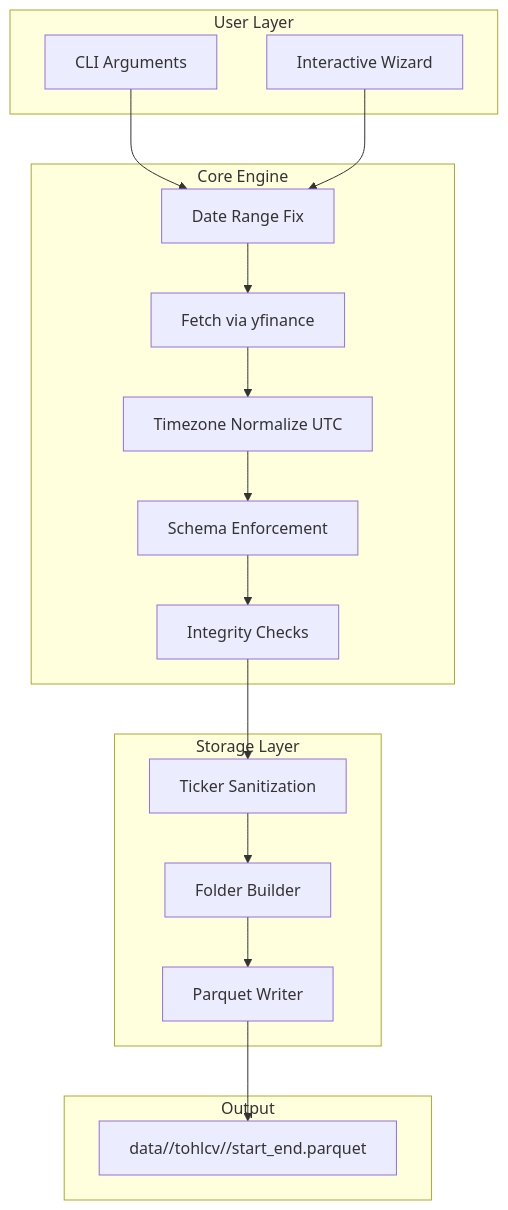
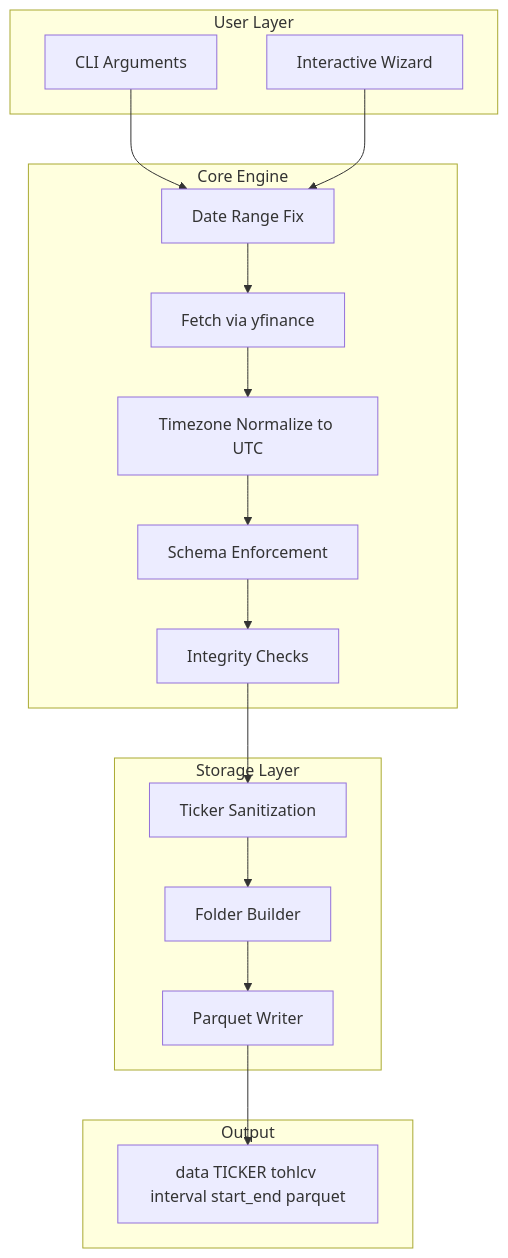
Before and after one commit to AxierSangroniz/fohlcv: the second of 2 diagrams in README.md, drawn with Mermaid. The commit also changed other lines of this file, not shown here.

Commit message:
Fix Mermaid diagrams for GitHub rendering

````diff
--- a/README.md
+++ b/README.md
@@ -59,37 +59,38 @@
 ```mermaid
 flowchart TD
 
     subgraph User Layer
         A1[CLI Arguments]
         A2[Interactive Wizard]
     end
 
     subgraph Core Engine
         B1[Date Range Fix]
         B2[Fetch via yfinance]
-        B3[Timezone Normalize UTC]
+        B3[Timezone Normalize to UTC]
         B4[Schema Enforcement]
         B5[Integrity Checks]
     end
 
     subgraph Storage Layer
         C1[Ticker Sanitization]
         C2[Folder Builder]
         C3[Parquet Writer]
     end
 
     subgraph Output
-        D1[data/<TICKER>/tohlcv/<interval>/start_end.parquet]
+        D1[data TICKER tohlcv interval start_end parquet]
     end
 
     A1 --> B1
     A2 --> B1
     B1 --> B2
     B2 --> B3
     B3 --> B4
     B4 --> B5
     B5 --> C1
     C1 --> C2
     C2 --> C3
     C3 --> D1
+
 ```
````
